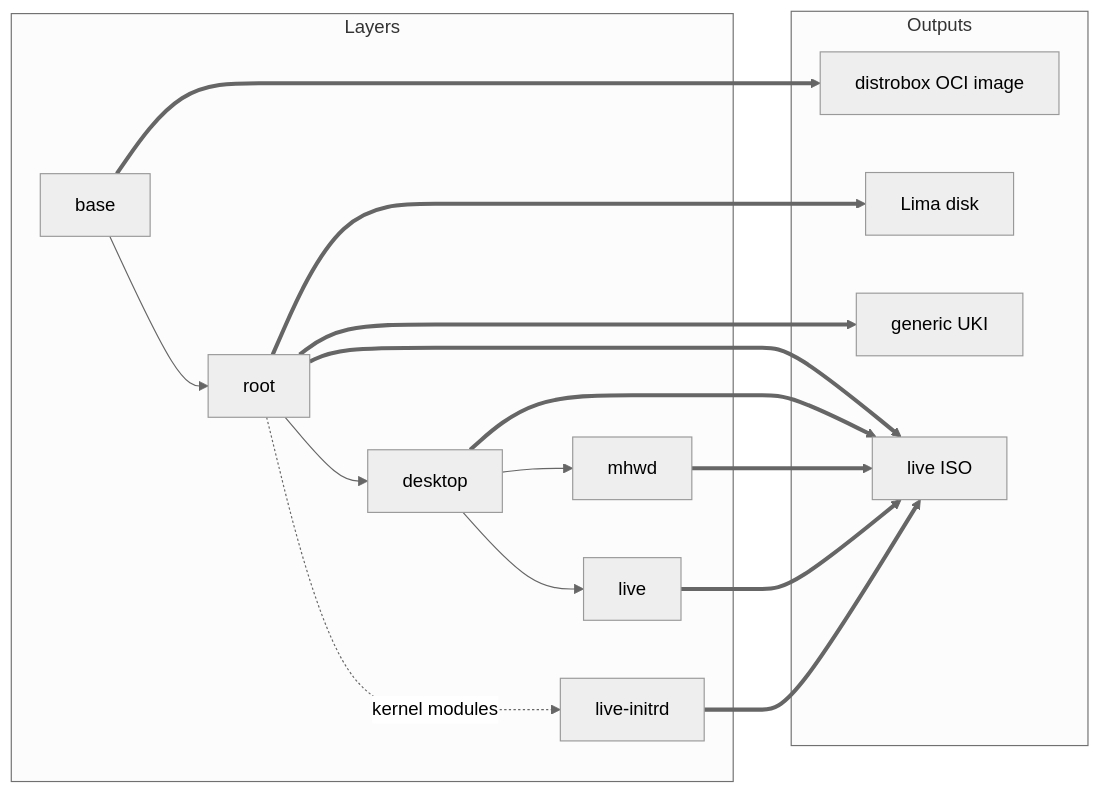
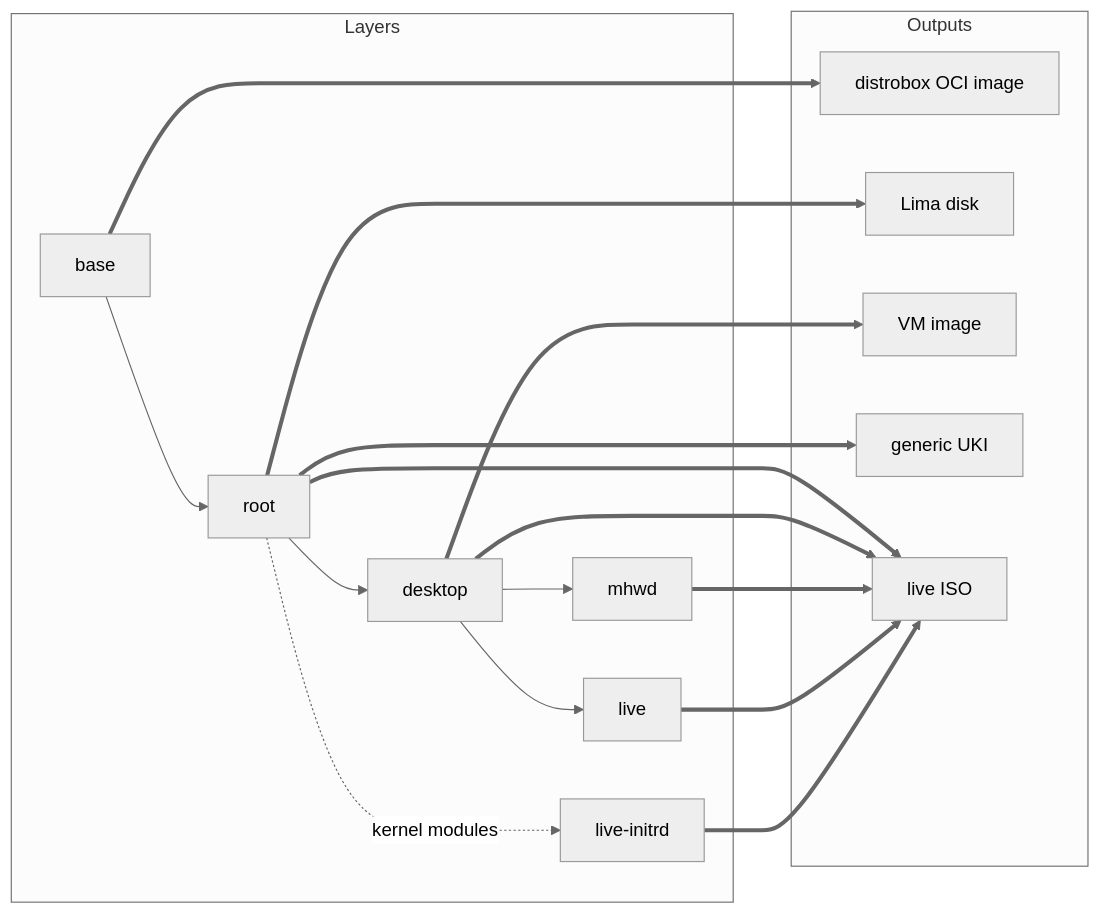
One commit to garuda-linux/image-builder changed the first of 4 diagrams in docs/architecture.md. Above: the diagram before and after it, drawn with Mermaid (neutral theme). The commit also changed other lines of this file, not shown here.

Commit message:
docs(architecture): build sequence, live root and VM diagrams

````diff
--- a/docs/architecture.md
+++ b/docs/architecture.md
@@ -9,22 +9,24 @@
 ```mermaid
 flowchart LR
   subgraph layers [Layers]
     base --> root --> desktop
     desktop --> live
     desktop --> mhwd
     root -. kernel modules .-> initrd[live-initrd]
   end
 
   subgraph outputs [Outputs]
     distrobox[distrobox OCI image]
     lima[Lima disk]
+    vm[VM image]
     uki[generic UKI]
     iso[live ISO]
   end
 
   base ==> distrobox
   root ==> lima
+  desktop ==> vm
   root ==> uki
   root & desktop & mhwd & live ==> iso
   initrd ==> iso
 ```
````
